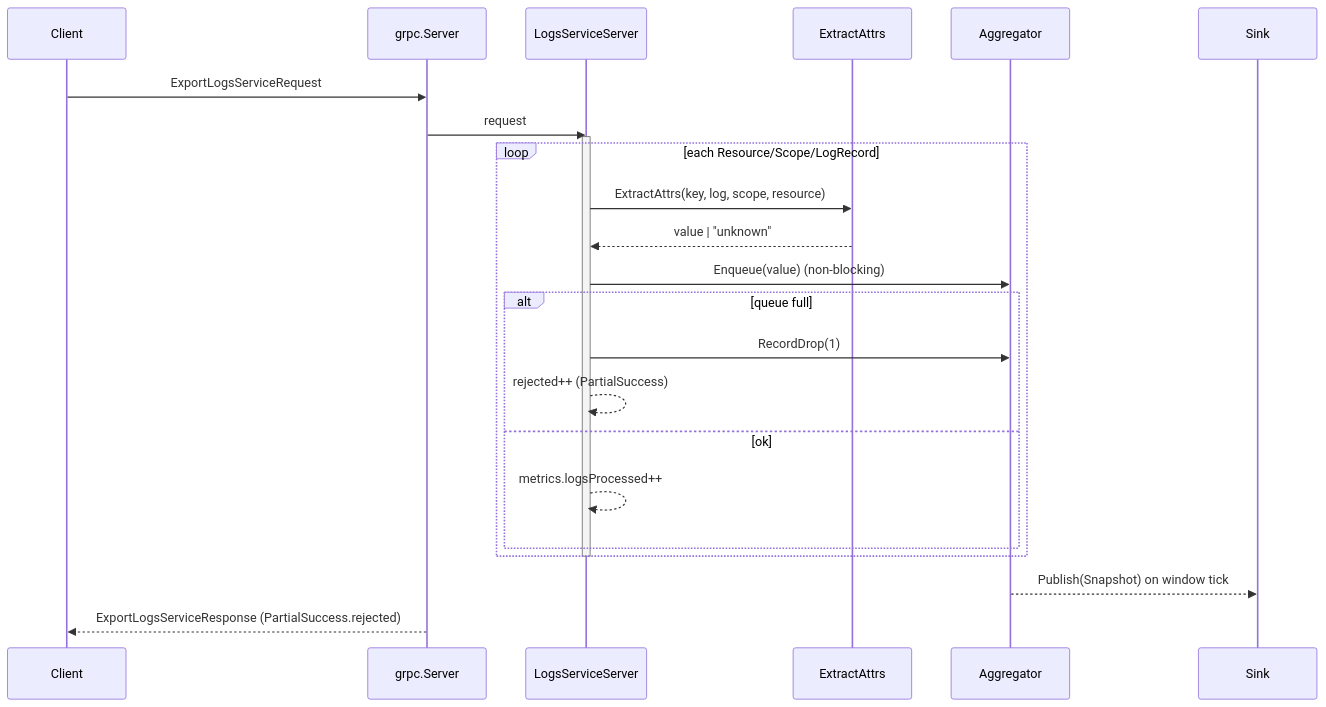
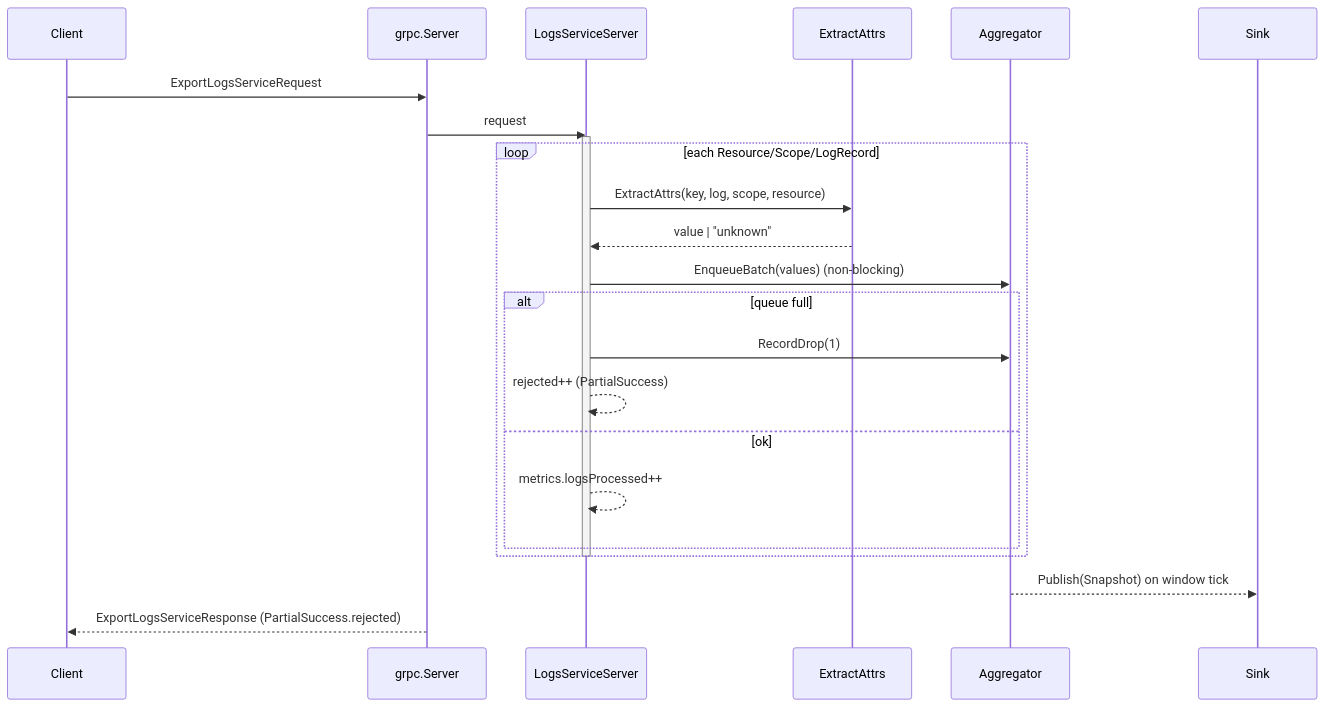
Before and after one commit to jeffy-m/otlp-log-processor-go: the second of 3 diagrams in docs/architecture.md, drawn with Mermaid. The commit also changed other lines of this file and 6 other files, not shown here.

````diff
--- a/docs/architecture.md
+++ b/docs/architecture.md
@@ -46,27 +46,27 @@
 ```mermaid
 sequenceDiagram
   participant Client
   participant GRPC as grpc.Server
   participant Logs as LogsServiceServer
   participant EA as ExtractAttrs
   participant Agg as Aggregator
   participant Out as Sink
 
   Client->>GRPC: ExportLogsServiceRequest
   GRPC->>Logs: request
   activate Logs
   loop each Resource/Scope/LogRecord
     Logs->>EA: ExtractAttrs(key, log, scope, resource)
     EA-->>Logs: value | "unknown"
-    Logs->>Agg: Enqueue(value) (non-blocking)
+    Logs->>Agg: EnqueueBatch(values) (non-blocking)
     alt queue full
       Logs->>Agg: RecordDrop(1)
       Logs-->>Logs: rejected++ (PartialSuccess)
     else ok
       Logs-->>Logs: metrics.logsProcessed++
     end
   end
   deactivate Logs
   Agg-->>Out: Publish(Snapshot) on window tick
   GRPC-->>Client: ExportLogsServiceResponse (PartialSuccess.rejected)
 ```
````
